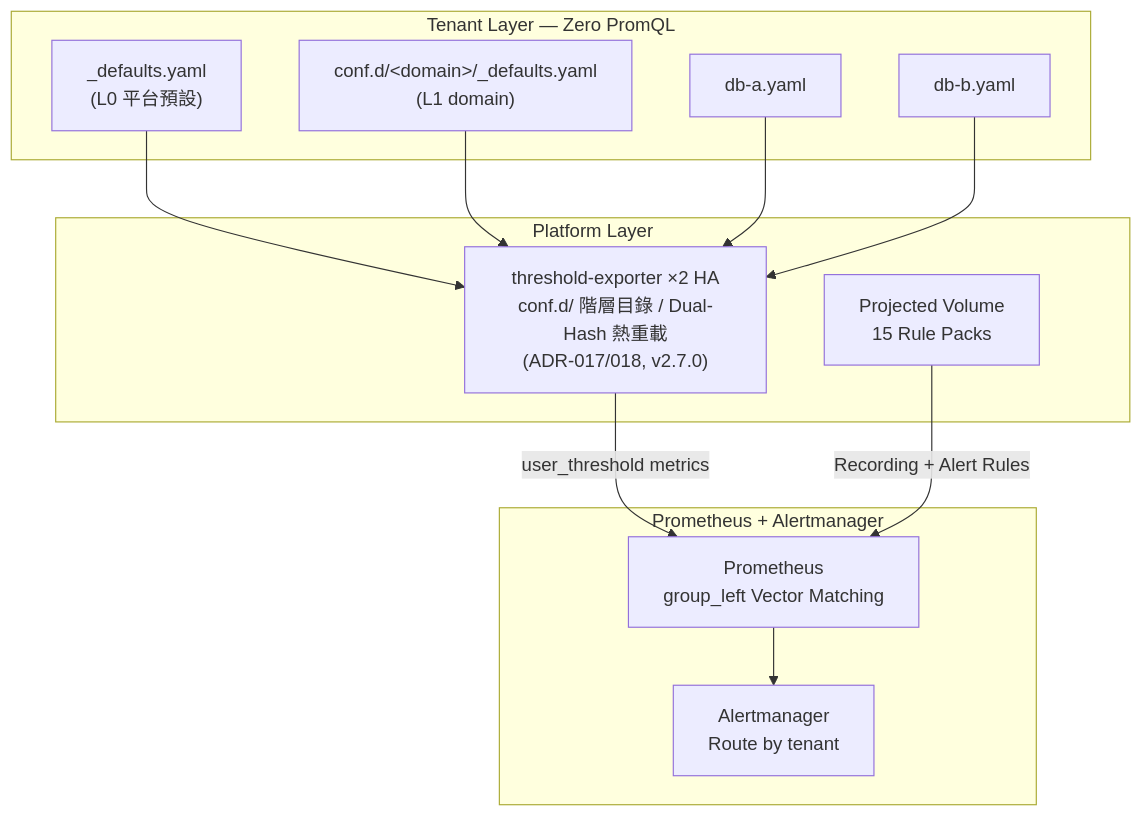
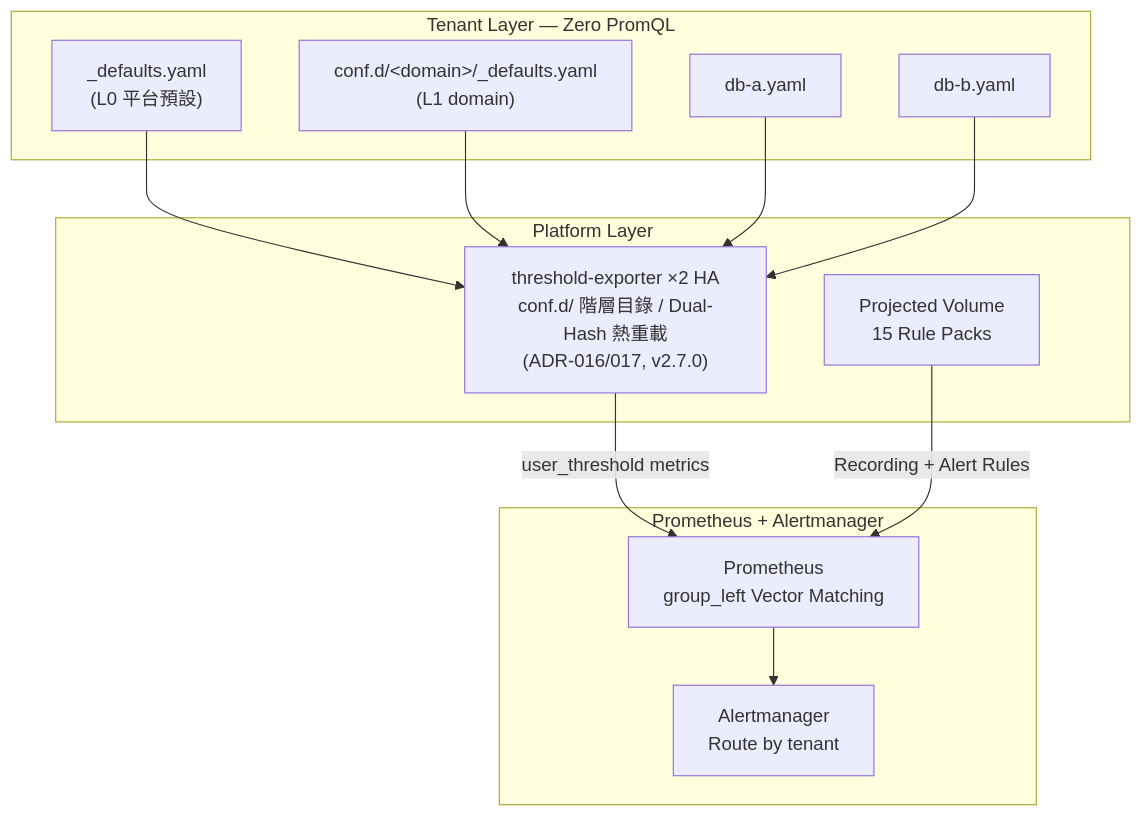
The diagram in README.md (vencil/Dynamic-Alerting-Integrations), drawn with Mermaid before and after one commit. The commit also changed other lines of this file and 132 other files, not shown here.

````diff
--- a/README.md
+++ b/README.md
@@ -35,27 +35,27 @@
 ```mermaid
 graph TD
     subgraph TL["Tenant Layer — Zero PromQL"]
         D["_defaults.yaml<br/>(L0 平台預設)"]
         DOM["conf.d/&lt;domain&gt;/_defaults.yaml<br/>(L1 domain)"]
         T1["db-a.yaml"]
         T2["db-b.yaml"]
     end
 
     subgraph PL["Platform Layer"]
-        TE["threshold-exporter ×2 HA<br/>conf.d/ 階層目錄 / Dual-Hash 熱重載<br/>(ADR-017/018, v2.7.0)"]
+        TE["threshold-exporter ×2 HA<br/>conf.d/ 階層目錄 / Dual-Hash 熱重載<br/>(ADR-016/017, v2.7.0)"]
         RP["Projected Volume<br/>15 Rule Packs"]
     end
 
     subgraph PE["Prometheus + Alertmanager"]
         PROM["Prometheus<br/>group_left Vector Matching"]
         AM["Alertmanager<br/>Route by tenant"]
     end
 
     D --> TE
     DOM --> TE
     T1 --> TE
     T2 --> TE
     TE -->|user_threshold metrics| PROM
     RP -->|Recording + Alert Rules| PROM
     PROM --> AM
 ```
````
